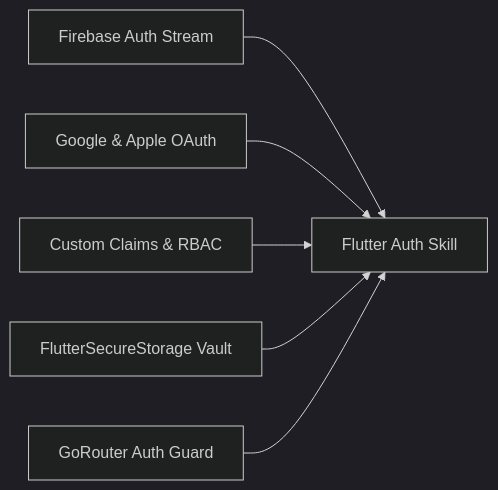
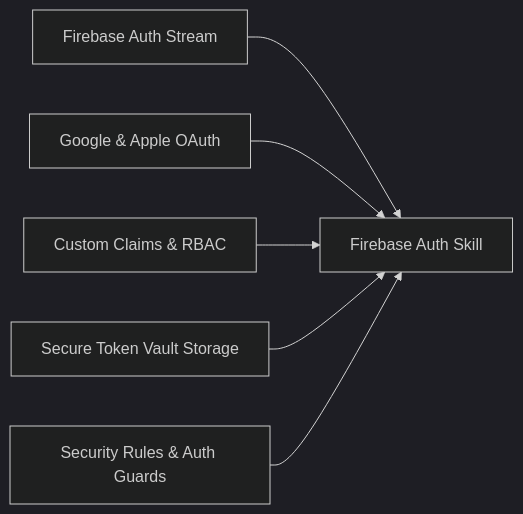
One commit to Agent-Rules-Ecosystem/firebase-auth-agent-skill changed the diagram in SKILL.md. Above: the diagram before and after it, drawn with Mermaid (dark theme). The commit also changed other lines of this file and 4 other files, not shown here.

Commit message:
refactor(transversal): migrate flutter-firebase-auth-agent-skill to transversal firebase-auth-agent-skill

````diff
--- a/SKILL.md
+++ b/SKILL.md
@@ -5,8 +10,8 @@
 ```mermaid
 graph LR
-    Sub1[Firebase Auth Stream] --> AuthCore[Flutter Auth Skill]
+    Sub1[Firebase Auth Stream] --> AuthCore[Firebase Auth Skill]
     Sub2[Google & Apple OAuth] --> AuthCore
     Sub3[Custom Claims & RBAC] --> AuthCore
-    Sub4[FlutterSecureStorage Vault] --> AuthCore
-    Sub5[GoRouter Auth Guard] --> AuthCore
+    Sub4[Secure Token Vault Storage] --> AuthCore
+    Sub5[Security Rules & Auth Guards] --> AuthCore
 ```
````
